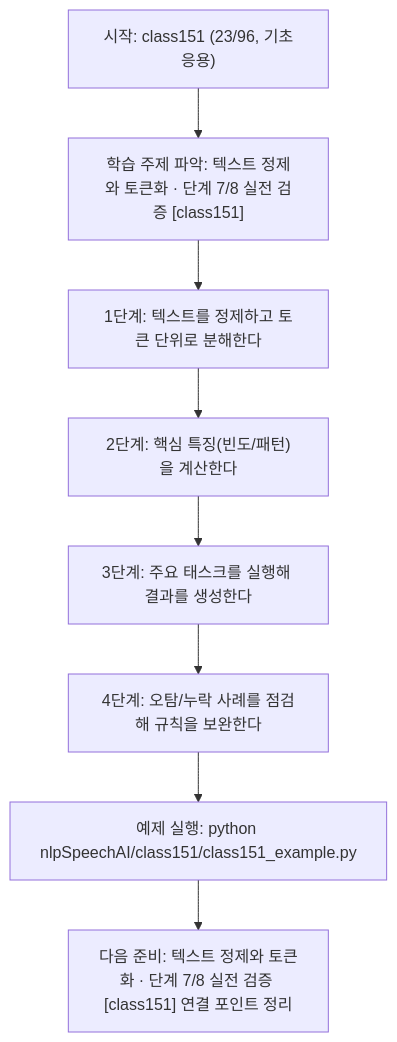
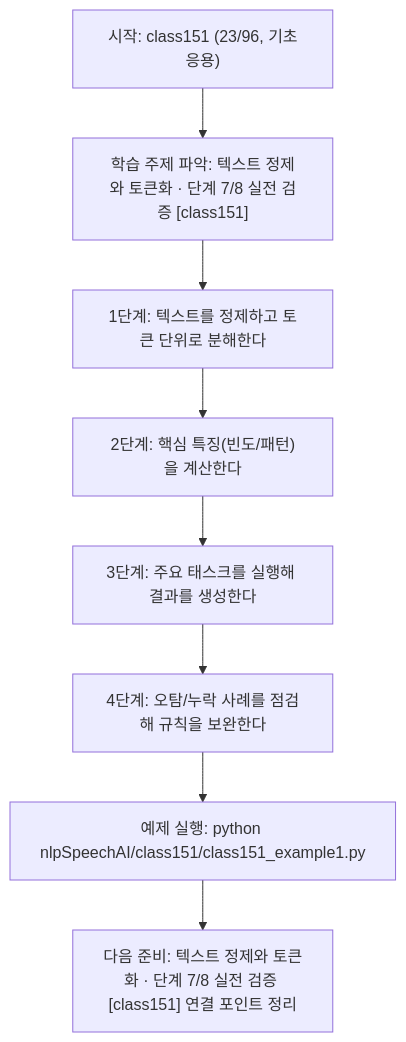
The diagram in nlpSpeechAI/class151/class151.md (edumgt/Python-AI_Agent-Class), drawn with Mermaid before and after one commit. The commit also changed other lines of this file and 2959 other files, not shown here.

````diff
--- a/nlpSpeechAI/class151/class151.md
+++ b/nlpSpeechAI/class151/class151.md
@@ -114,18 +114,18 @@
 ```mermaid
 flowchart TD
 N1["시작: class151 (23/96, 기초응용)"]
 N2["학습 주제 파악: 텍스트 정제와 토큰화 · 단계 7/8 실전 검증 [class151]"]
 N3["1단계: 텍스트를 정제하고 토큰 단위로 분해한다"]
 N4["2단계: 핵심 특징(빈도/패턴)을 계산한다"]
 N5["3단계: 주요 태스크를 실행해 결과를 생성한다"]
 N6["4단계: 오탐/누락 사례를 점검해 규칙을 보완한다"]
-N7["예제 실행: python nlpSpeechAI/class151/class151_example.py"]
+N7["예제 실행: python nlpSpeechAI/class151/class151_example1.py"]
 N8["다음 준비: 텍스트 정제와 토큰화 · 단계 7/8 실전 검증 [class151] 연결 포인트 정리"]
 N1 --> N2
 N2 --> N3
 N3 --> N4
 N4 --> N5
 N5 --> N6
 N6 --> N7
 N7 --> N8
 ```
````
